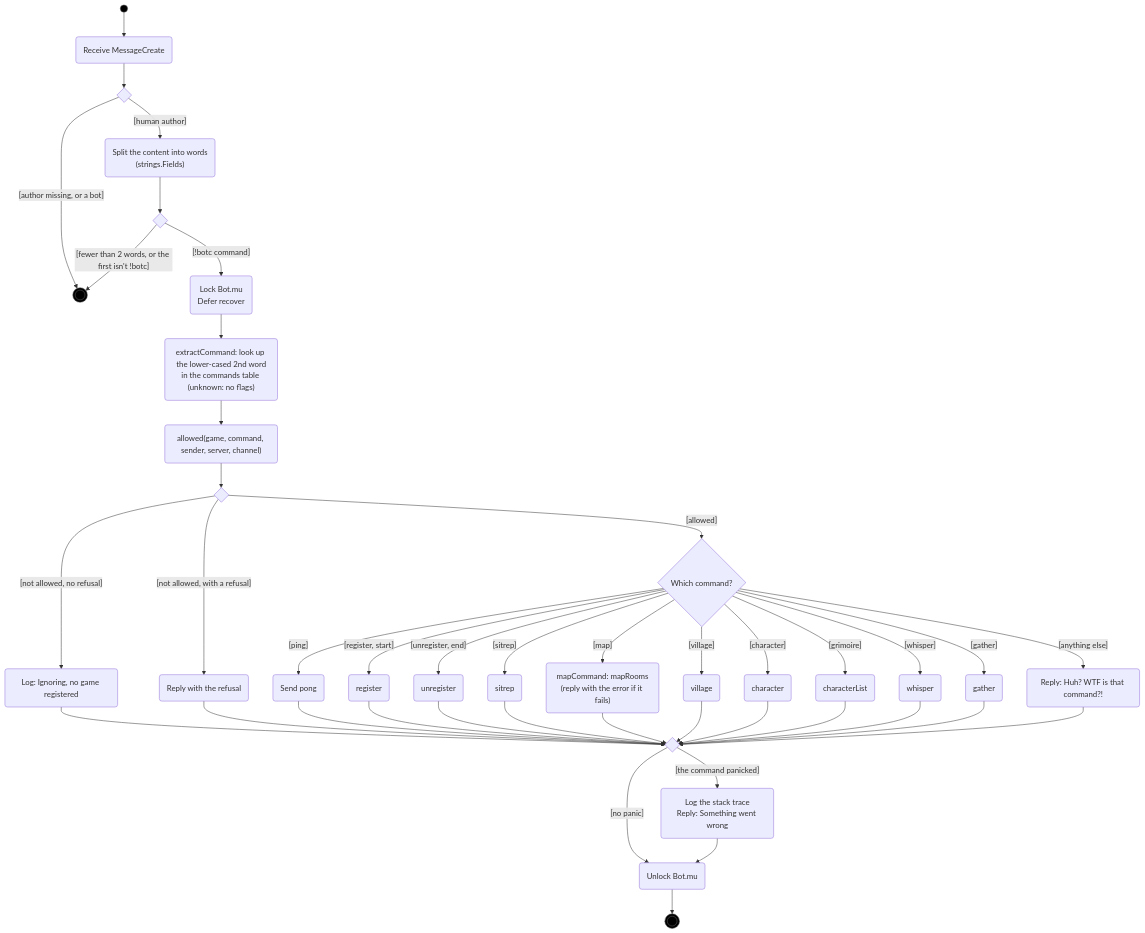
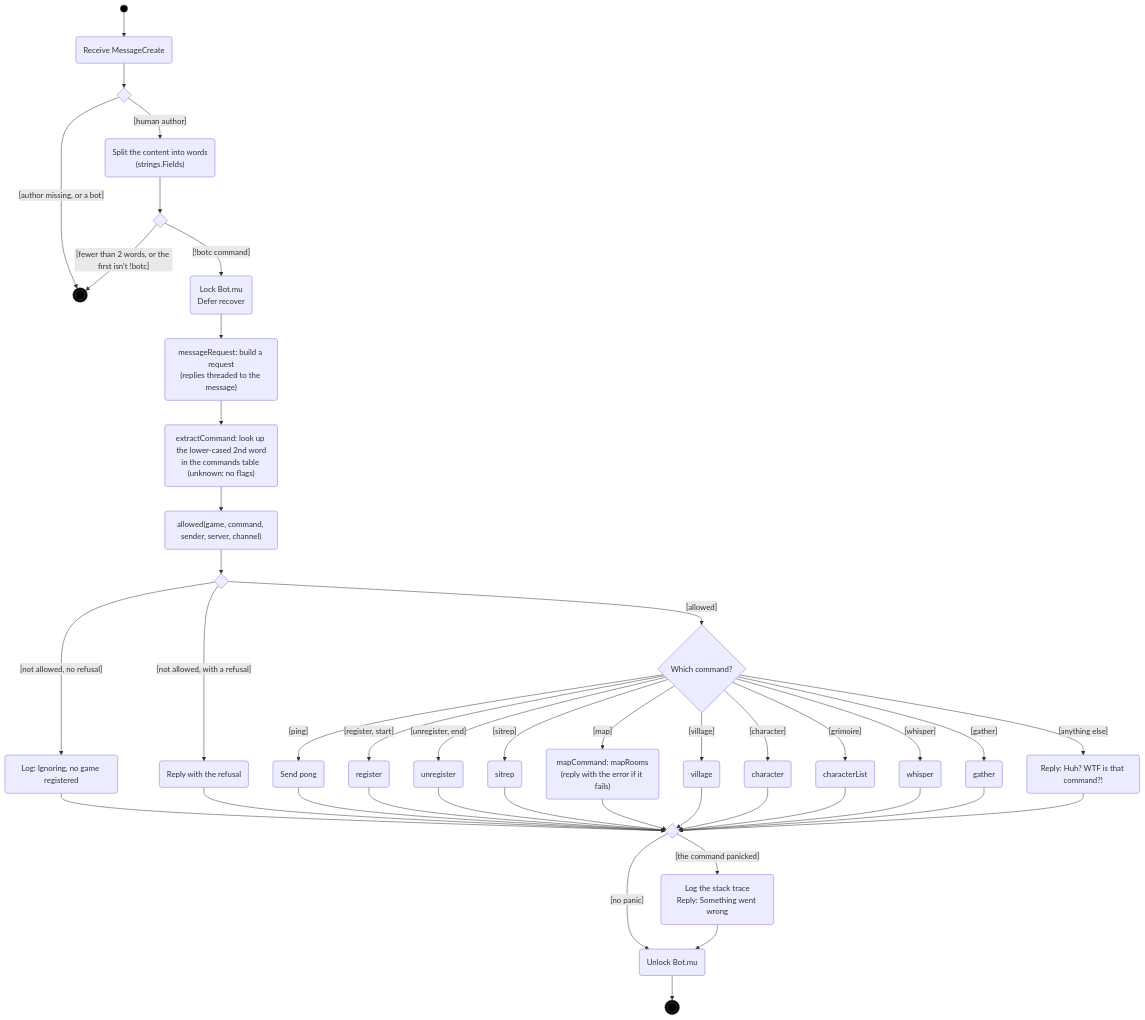
Before and after one commit to RAGNOARAKNOS/BotOnTheClocktower: the first of 6 diagrams in docs/uml/command-dispatch.md, drawn with Mermaid. The commit also changed other lines of this file and 20 other files, not shown here.

First line of the commit message:
Refactor command handling to use request struct for slash commands

````diff
--- a/docs/uml/command-dispatch.md
+++ b/docs/uml/command-dispatch.md
@@ -11,35 +13,36 @@
 ```mermaid
 flowchart TD
     start((" ")):::initial --> recv("Receive MessageCreate")
     recv --> d1{" "}
     d1 -->|"[author missing, or a bot]"| ignored(((" "))):::final
     d1 -->|"[human author]"| split("Split the content into words<br/>(strings.Fields)")
     split --> d2{" "}
     d2 -->|"[fewer than 2 words, or the first isn't !botc]"| ignored
     d2 -->|"[!botc command]"| lock("Lock Bot.mu<br/>Defer recover")
-    lock --> lookup("extractCommand: look up the lower-cased 2nd word<br/>in the commands table (unknown: no flags)")
+    lock --> build("messageRequest: build a request<br/>(replies threaded to the message)")
+    build --> lookup("extractCommand: look up the lower-cased 2nd word<br/>in the commands table (unknown: no flags)")
     lookup --> allowed("allowed(game, command, sender, server, channel)")
     allowed --> dok{" "}
     dok -->|"[not allowed, no refusal]"| ign("Log: Ignoring, no game registered")
     dok -->|"[not allowed, with a refusal]"| refuse("Reply with the refusal")
     dok -->|"[allowed]"| cmd{"Which command?"}
     cmd -->|"[ping]"| ping("Send pong")
     cmd -->|"[register, start]"| reg("register")
     cmd -->|"[unregister, end]"| unreg("unregister")
     cmd -->|"[sitrep]"| sit("sitrep")
     cmd -->|"[map]"| maprooms("mapCommand: mapRooms<br/>(reply with the error if it fails)")
     cmd -->|"[village]"| vil("village")
     cmd -->|"[character]"| chr("character")
     cmd -->|"[grimoire]"| gri("characterList")
     cmd -->|"[whisper]"| whi("whisper")
     cmd -->|"[gather]"| gat("gather")
     cmd -->|"[anything else]"| wtf("Reply: Huh? WTF is that command?!")
     ign & refuse & ping & reg & unreg & sit & maprooms & vil & chr & gri & whi & gat & wtf --> merged{" "}
     merged -->|"[the command panicked]"| rec("Log the stack trace<br/>Reply: Something went wrong")
     merged -->|"[no panic]"| unlock("Unlock Bot.mu")
     rec --> unlock
     unlock --> done(((" "))):::final
 
     classDef initial fill:#000,stroke:#666
     classDef final fill:#000,stroke:#666
 ```
````
